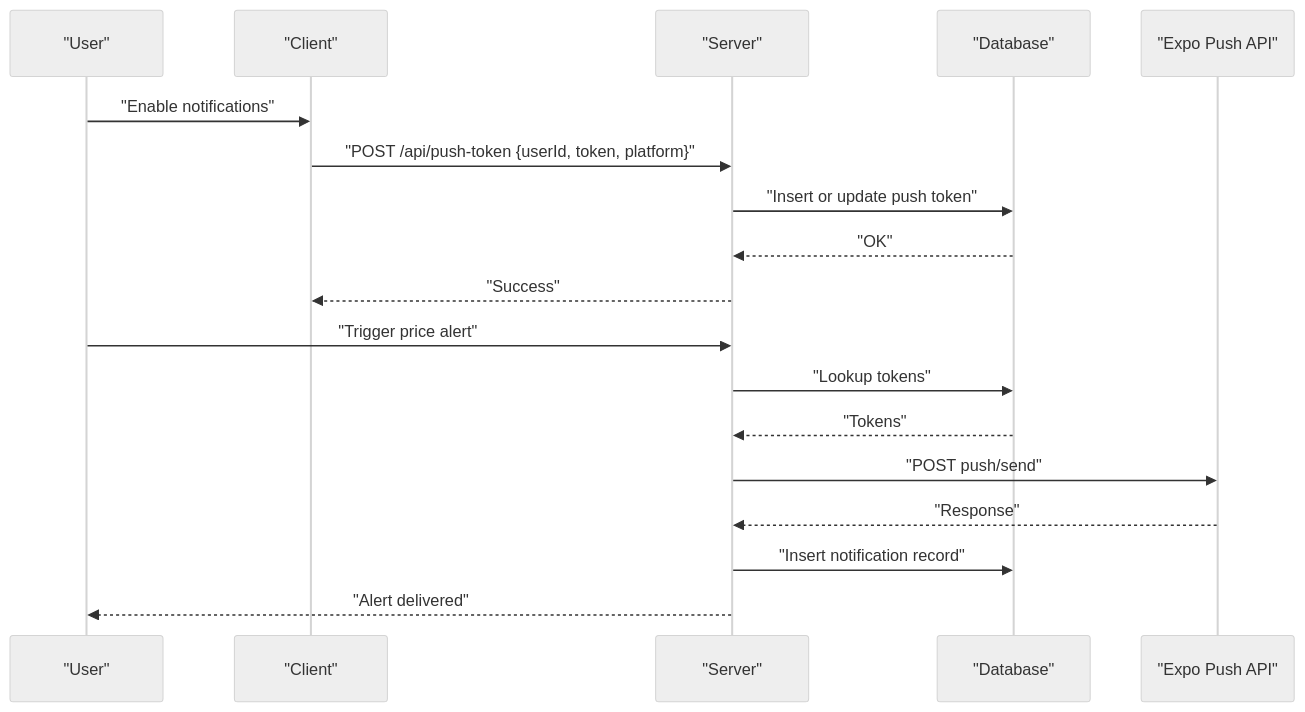
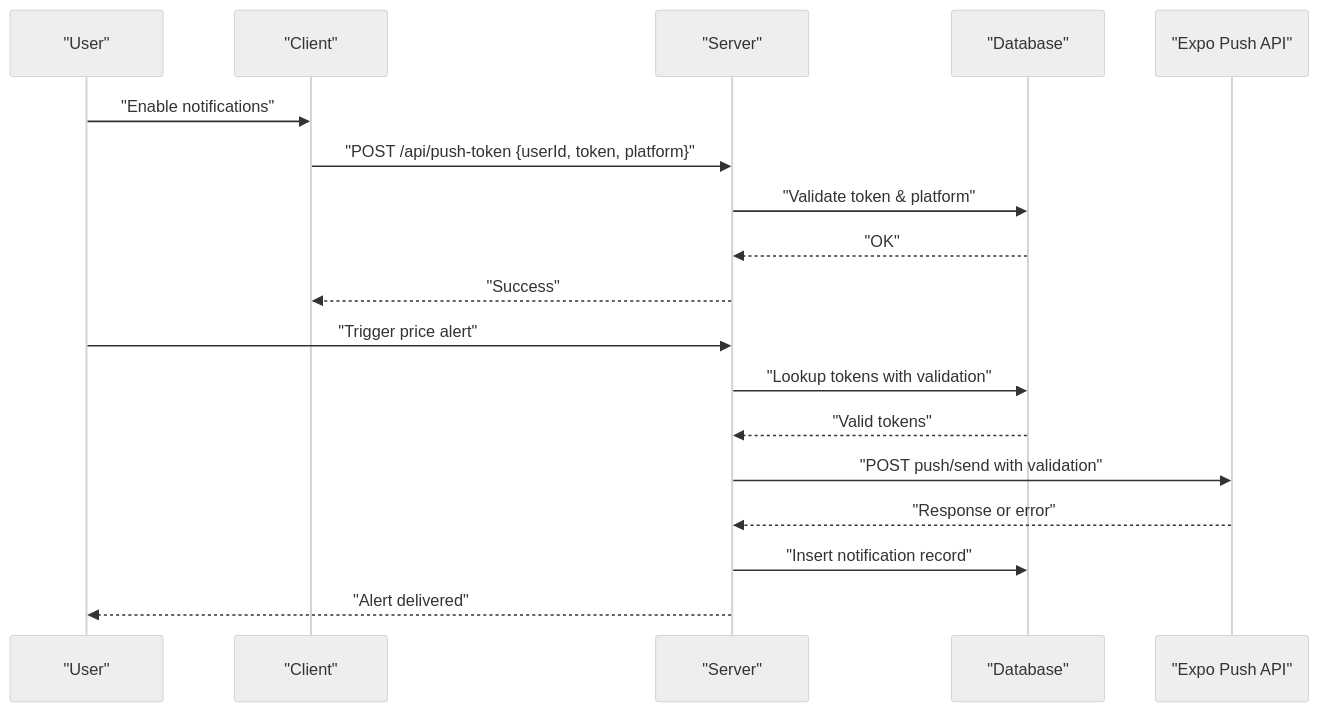
Before and after one commit to hunglevi87/Hidden-Gem: the sixth of 7 diagrams in .qoder/repowiki/en/content/Architecture Overview/Integration Patterns.md, drawn with Mermaid (neutral theme). The commit also changed other lines of this file and 14 other files, not shown here.

````diff
--- a/.qoder/repowiki/en/content/Architecture Overview/Integration Patterns.md
+++ b/.qoder/repowiki/en/content/Architecture Overview/Integration Patterns.md
@@ -267,20 +282,20 @@
 ```mermaid
 sequenceDiagram
 participant U as "User"
 participant C as "Client"
 participant S as "Server"
 participant DB as "Database"
 participant Expo as "Expo Push API"
 U->>C : "Enable notifications"
 C->>S : "POST /api/push-token {userId, token, platform}"
-S->>DB : "Insert or update push token"
+S->>DB : "Validate token & platform"
 DB-->>S : "OK"
 S-->>C : "Success"
 U->>S : "Trigger price alert"
-S->>DB : "Lookup tokens"
-DB-->>S : "Tokens"
-S->>Expo : "POST push/send"
-Expo-->>S : "Response"
+S->>DB : "Lookup tokens with validation"
+DB-->>S : "Valid tokens"
+S->>Expo : "POST push/send with validation"
+Expo-->>S : "Response or error"
 S->>DB : "Insert notification record"
 S-->>U : "Alert delivered"
 ```
````
